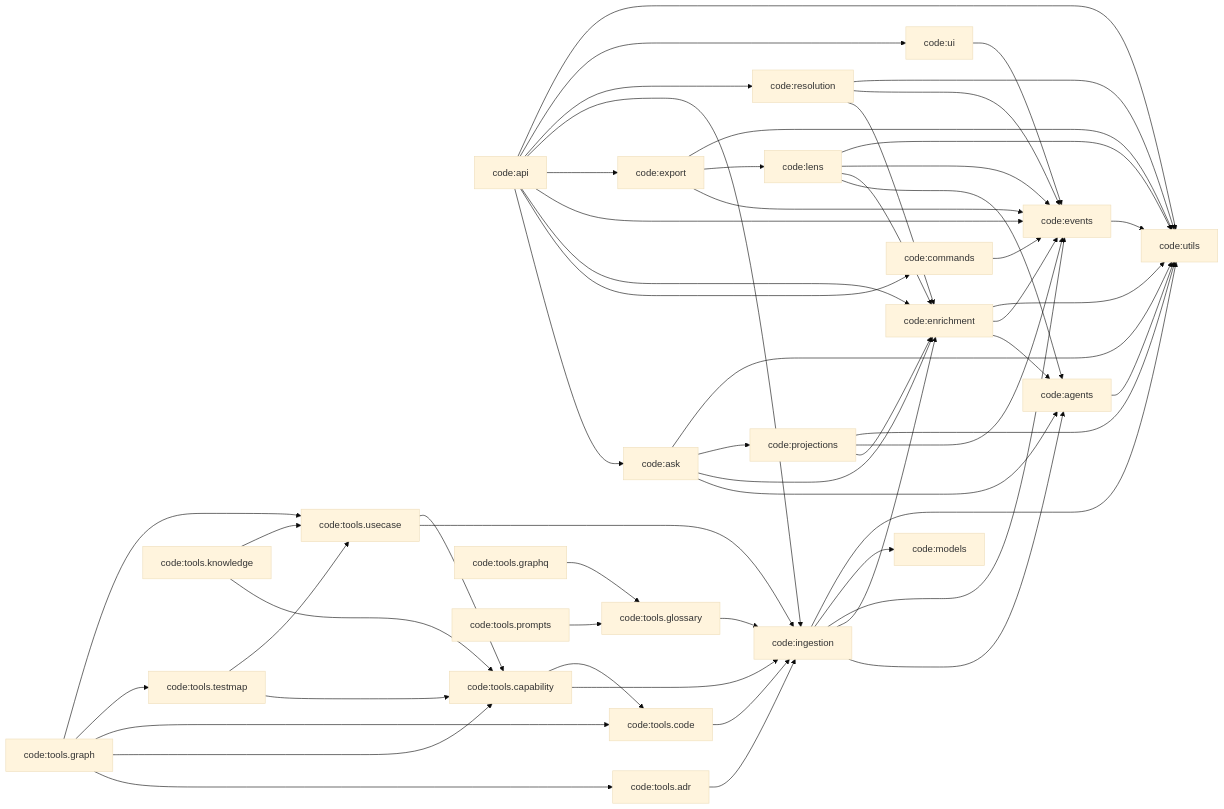
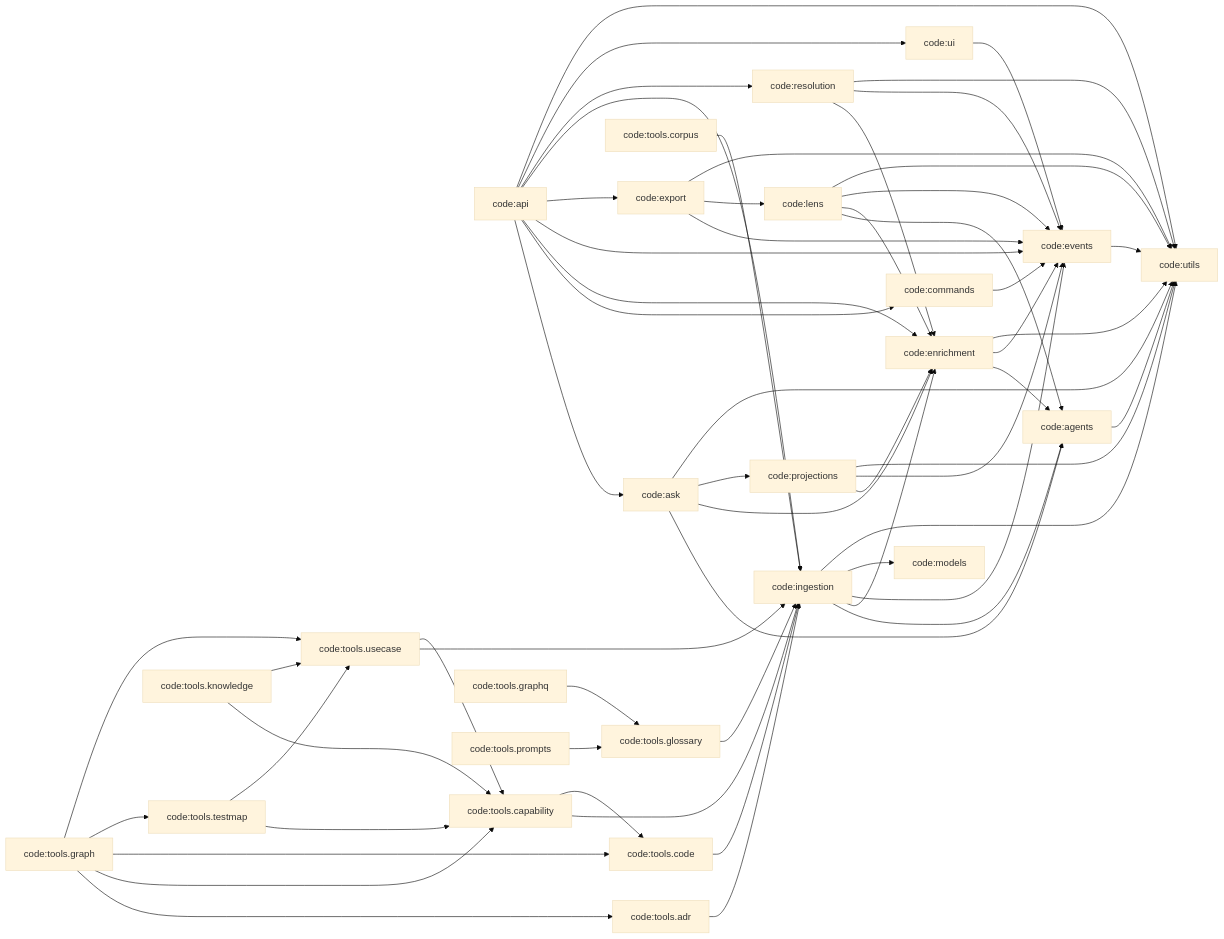
Before and after one commit to DigitalCowboyN/interview_analyzer_chaining: the third of 7 diagrams in docs/graph/graph.md, drawn with Mermaid (base theme). The commit also changed other lines of this file and 24 other files, not shown here.

First line of the commit message:
First-class knowledge graph — program spec + ADRs + L0 corpus substrate (#40)

````diff
--- a/docs/graph/graph.md
+++ b/docs/graph/graph.md
@@ -157,59 +159,60 @@
 ```mermaid
 graph LR
     n_code_agents["code:agents"] --> n_code_utils["code:utils"]
     n_code_api["code:api"] --> n_code_ask["code:ask"]
     n_code_api["code:api"] --> n_code_commands["code:commands"]
     n_code_api["code:api"] --> n_code_enrichment["code:enrichment"]
     n_code_api["code:api"] --> n_code_events["code:events"]
     n_code_api["code:api"] --> n_code_export["code:export"]
     n_code_api["code:api"] --> n_code_ingestion["code:ingestion"]
     n_code_api["code:api"] --> n_code_resolution["code:resolution"]
     n_code_api["code:api"] --> n_code_ui["code:ui"]
     n_code_api["code:api"] --> n_code_utils["code:utils"]
     n_code_ask["code:ask"] --> n_code_agents["code:agents"]
     n_code_ask["code:ask"] --> n_code_enrichment["code:enrichment"]
     n_code_ask["code:ask"] --> n_code_projections["code:projections"]
     n_code_ask["code:ask"] --> n_code_utils["code:utils"]
     n_code_commands["code:commands"] --> n_code_events["code:events"]
     n_code_enrichment["code:enrichment"] --> n_code_agents["code:agents"]
     n_code_enrichment["code:enrichment"] --> n_code_events["code:events"]
     n_code_enrichment["code:enrichment"] --> n_code_utils["code:utils"]
     n_code_events["code:events"] --> n_code_utils["code:utils"]
     n_code_export["code:export"] --> n_code_events["code:events"]
     n_code_export["code:export"] --> n_code_lens["code:lens"]
     n_code_export["code:export"] --> n_code_utils["code:utils"]
     n_code_ingestion["code:ingestion"] --> n_code_agents["code:agents"]
     n_code_ingestion["code:ingestion"] --> n_code_enrichment["code:enrichment"]
     n_code_ingestion["code:ingestion"] --> n_code_events["code:events"]
     n_code_ingestion["code:ingestion"] --> n_code_models["code:models"]
     n_code_ingestion["code:ingestion"] --> n_code_utils["code:utils"]
     n_code_lens["code:lens"] --> n_code_agents["code:agents"]
     n_code_lens["code:lens"] --> n_code_enrichment["code:enrichment"]
     n_code_lens["code:lens"] --> n_code_events["code:events"]
     n_code_lens["code:lens"] --> n_code_utils["code:utils"]
     n_code_projections["code:projections"] --> n_code_enrichment["code:enrichment"]
     n_code_projections["code:projections"] --> n_code_events["code:events"]
     n_code_projections["code:projections"] --> n_code_utils["code:utils"]
     n_code_resolution["code:resolution"] --> n_code_enrichment["code:enrichment"]
     n_code_resolution["code:resolution"] --> n_code_events["code:events"]
     n_code_resolution["code:resolution"] --> n_code_utils["code:utils"]
     n_code_tools_adr["code:tools.adr"] --> n_code_ingestion["code:ingestion"]
     n_code_tools_capability["code:tools.capability"] --> n_code_ingestion["code:ingestion"]
     n_code_tools_capability["code:tools.capability"] --> n_code_tools_code["code:tools.code"]
     n_code_tools_code["code:tools.code"] --> n_code_ingestion["code:ingestion"]
+    n_code_tools_corpus["code:tools.corpus"] --> n_code_ingestion["code:ingestion"]
     n_code_tools_glossary["code:tools.glossary"] --> n_code_ingestion["code:ingestion"]
     n_code_tools_graph["code:tools.graph"] --> n_code_tools_adr["code:tools.adr"]
     n_code_tools_graph["code:tools.graph"] --> n_code_tools_capability["code:tools.capability"]
     n_code_tools_graph["code:tools.graph"] --> n_code_tools_code["code:tools.code"]
     n_code_tools_graph["code:tools.graph"] --> n_code_tools_testmap["code:tools.testmap"]
     n_code_tools_graph["code:tools.graph"] --> n_code_tools_usecase["code:tools.usecase"]
     n_code_tools_graphq["code:tools.graphq"] --> n_code_tools_glossary["code:tools.glossary"]
     n_code_tools_knowledge["code:tools.knowledge"] --> n_code_tools_capability["code:tools.capability"]
     n_code_tools_knowledge["code:tools.knowledge"] --> n_code_tools_usecase["code:tools.usecase"]
     n_code_tools_prompts["code:tools.prompts"] --> n_code_tools_glossary["code:tools.glossary"]
     n_code_tools_testmap["code:tools.testmap"] --> n_code_tools_capability["code:tools.capability"]
     n_code_tools_testmap["code:tools.testmap"] --> n_code_tools_usecase["code:tools.usecase"]
     n_code_tools_usecase["code:tools.usecase"] --> n_code_ingestion["code:ingestion"]
     n_code_tools_usecase["code:tools.usecase"] --> n_code_tools_capability["code:tools.capability"]
     n_code_ui["code:ui"] --> n_code_events["code:events"]
 ```
````
